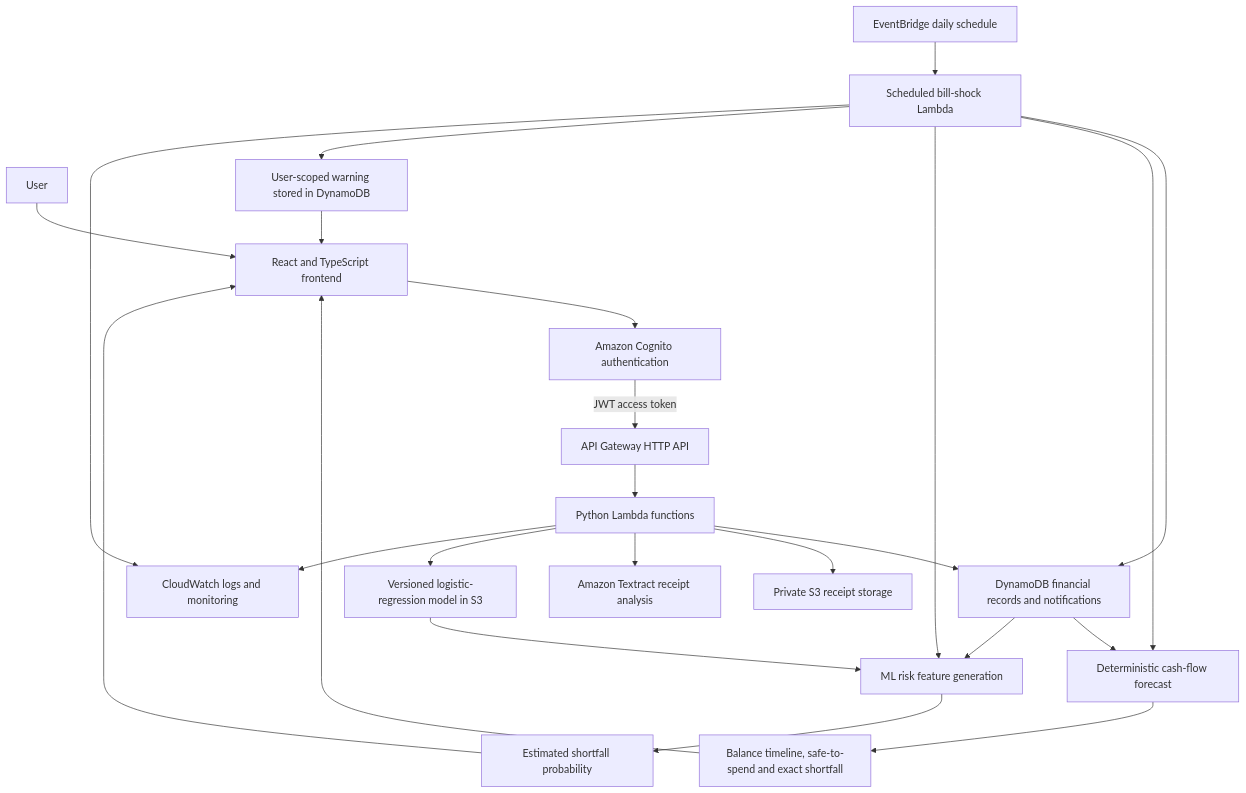
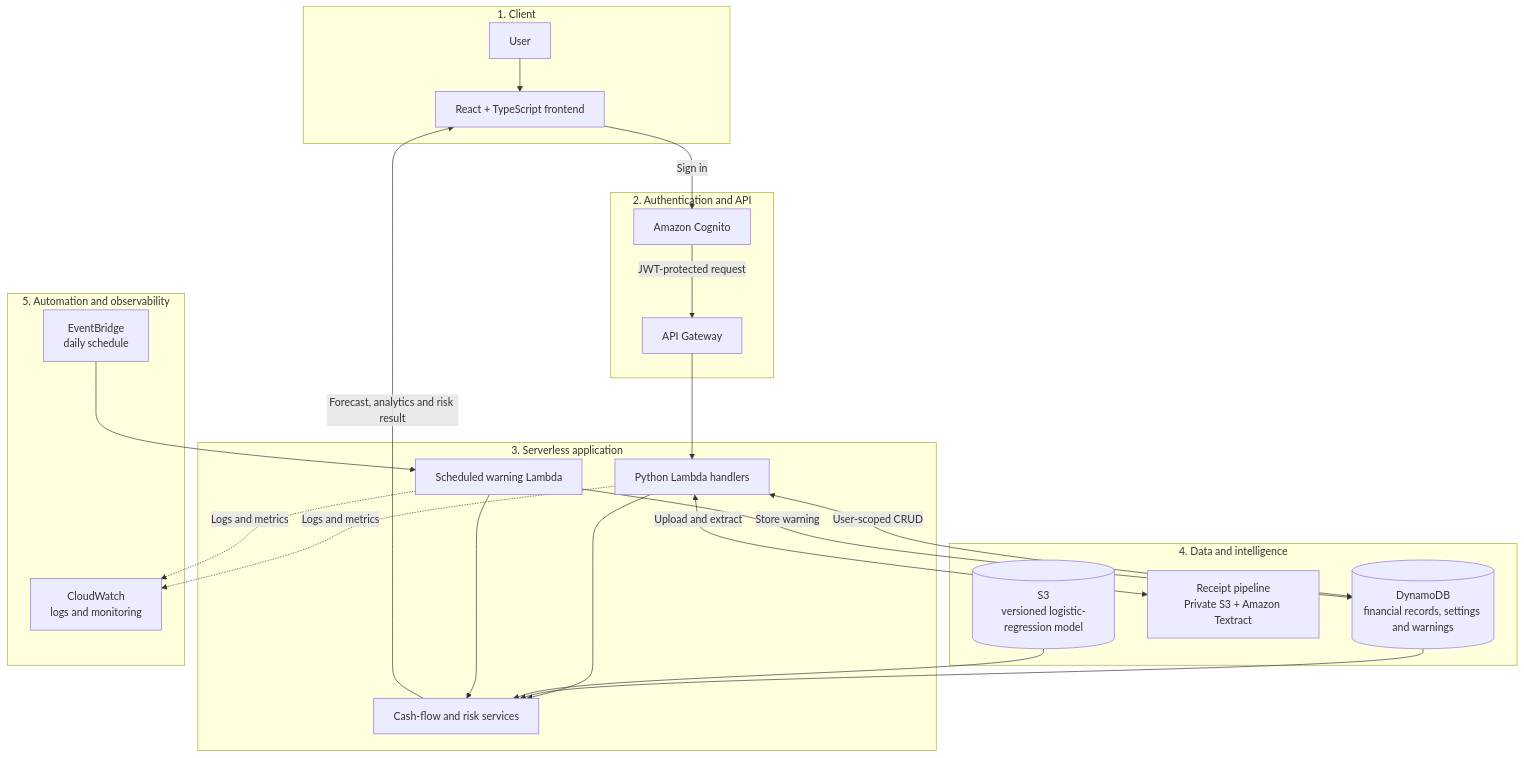
One commit to rohit123465/FlowGuard-A-Serverless-Cash-Flow-and-Bill-Shock-Prediction-Platform changed the diagram in flowguard/README.md. Above: the diagram before and after it, drawn with Mermaid. The commit also changed other lines of this file, not shown here.

Commit message:
revised readme.md file

````diff
--- a/flowguard/README.md
+++ b/flowguard/README.md
@@ -28,30 +28,46 @@
 ```mermaid
-flowchart TD
-    U["User"] --> F["React and TypeScript frontend"]
-    F --> C["Amazon Cognito authentication"]
-    C -->|"JWT access token"| A["API Gateway HTTP API"]
-    A --> L["Python Lambda functions"]
+flowchart TB
+    subgraph Client["1. Client"]
+        U["User"] --> F["React + TypeScript frontend"]
+    end
 
-    L --> D["DynamoDB financial records and notifications"]
-    L --> S["Private S3 receipt storage"]
-    L --> T["Amazon Textract receipt analysis"]
-    L --> M["Versioned logistic-regression model in S3"]
+    subgraph Access["2. Authentication and API"]
+        C["Amazon Cognito"]
+        A["API Gateway"]
+    end
 
-    D --> CF["Deterministic cash-flow forecast"]
-    D --> RF["ML risk feature generation"]
-    M --> RF
-    CF --> R["Balance timeline, safe-to-spend and exact shortfall"]
-    RF --> P["Estimated shortfall probability"]
-    R --> F
-    P --> F
+    subgraph Application["3. Serverless application"]
+        L["Python Lambda handlers"]
+        FE["Cash-flow and risk services"]
+        W["Scheduled warning Lambda"]
+    end
 
-    E["EventBridge daily schedule"] --> W["Scheduled bill-shock Lambda"]
-    W --> D
-    W --> CF
-    W --> RF
-    W --> N["User-scoped warning stored in DynamoDB"]
-    N --> F
+    subgraph Data["4. Data and intelligence"]
+        D[("DynamoDB<br/>financial records, settings and warnings")]
+        R["Receipt pipeline<br/>Private S3 + Amazon Textract"]
+        MS[("S3<br/>versioned logistic-regression model")]
+    end
 
-    L --> CW["CloudWatch logs and monitoring"]
-    W --> CW
+    subgraph Automation["5. Automation and observability"]
+        E["EventBridge<br/>daily schedule"]
+        CW["CloudWatch<br/>logs and monitoring"]
+    end
+
+    F -->|"Sign in"| C
+    C -->|"JWT-protected request"| A
+    A --> L
+
+    L <-->|"User-scoped CRUD"| D
+    L <-->|"Upload and extract"| R
+    L --> FE
+    D --> FE
+    MS --> FE
+    FE -->|"Forecast, analytics and risk result"| F
+
+    E --> W
+    W --> FE
+    W -->|"Store warning"| D
+
+    L -.->|"Logs and metrics"| CW
+    W -.->|"Logs and metrics"| CW
 ```
````
